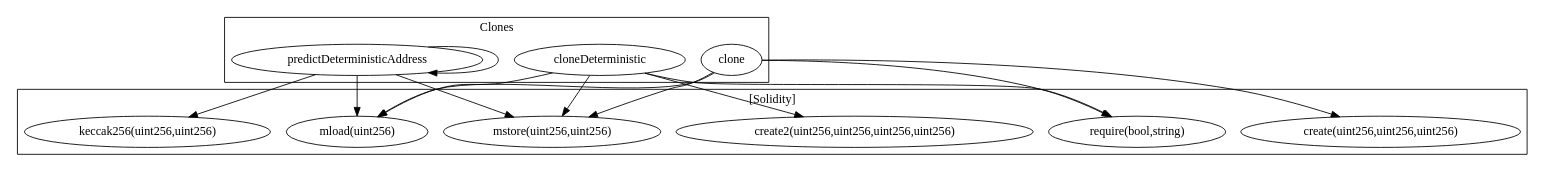
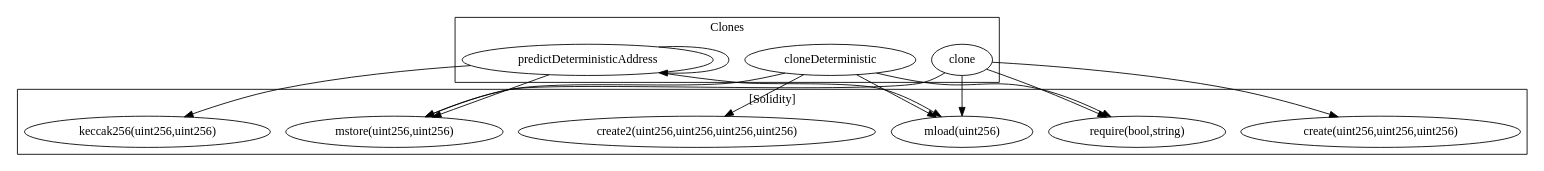
One commit to FlipsideCrypto/badger changed the diagram in contracts/build/...Clones.call-graph.dot. Above: the diagram before and after it, drawn with Graphviz. The commit also changed other lines of this file and 20 other files, not shown here.

```diff
--- a/contracts/build/...Clones.call-graph.dot
+++ b/contracts/build/...Clones.call-graph.dot
@@ -1,28 +1,28 @@
 strict digraph {
 subgraph cluster_2126_Clones {
 label = "Clones"
 "2126_clone" [label="clone"]
 "2126_cloneDeterministic" [label="cloneDeterministic"]
 "2126_predictDeterministicAddress" [label="predictDeterministicAddress"]
 "2126_predictDeterministicAddress" -> "2126_predictDeterministicAddress"
 }subgraph cluster_solidity {
 label = "[Solidity]"
 "keccak256(uint256,uint256)" 
+"mload(uint256)" 
 "create2(uint256,uint256,uint256,uint256)" 
 "require(bool,string)" 
+"mstore(uint256,uint256)" 
 "create(uint256,uint256,uint256)" 
-"mstore(uint256,uint256)" 
-"mload(uint256)" 
+"2126_clone" -> "mstore(uint256,uint256)"
 "2126_predictDeterministicAddress" -> "mstore(uint256,uint256)"
+"2126_predictDeterministicAddress" -> "keccak256(uint256,uint256)"
 "2126_predictDeterministicAddress" -> "mload(uint256)"
+"2126_cloneDeterministic" -> "mload(uint256)"
+"2126_cloneDeterministic" -> "require(bool,string)"
+"2126_cloneDeterministic" -> "mstore(uint256,uint256)"
 "2126_clone" -> "create(uint256,uint256,uint256)"
-"2126_cloneDeterministic" -> "require(bool,string)"
-"2126_cloneDeterministic" -> "create2(uint256,uint256,uint256,uint256)"
-"2126_predictDeterministicAddress" -> "keccak256(uint256,uint256)"
 "2126_clone" -> "require(bool,string)"
 "2126_clone" -> "mload(uint256)"
-"2126_clone" -> "mstore(uint256,uint256)"
-"2126_cloneDeterministic" -> "mload(uint256)"
-"2126_cloneDeterministic" -> "mstore(uint256,uint256)"
+"2126_cloneDeterministic" -> "create2(uint256,uint256,uint256,uint256)"
 }
 }
```
